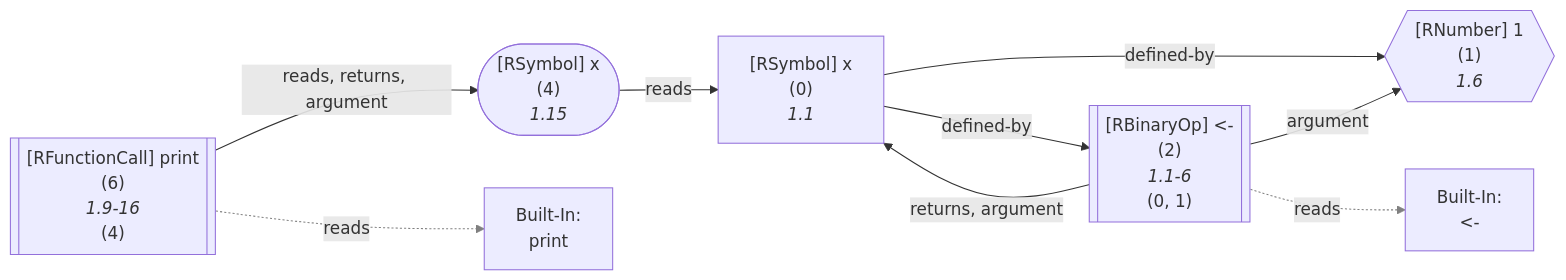
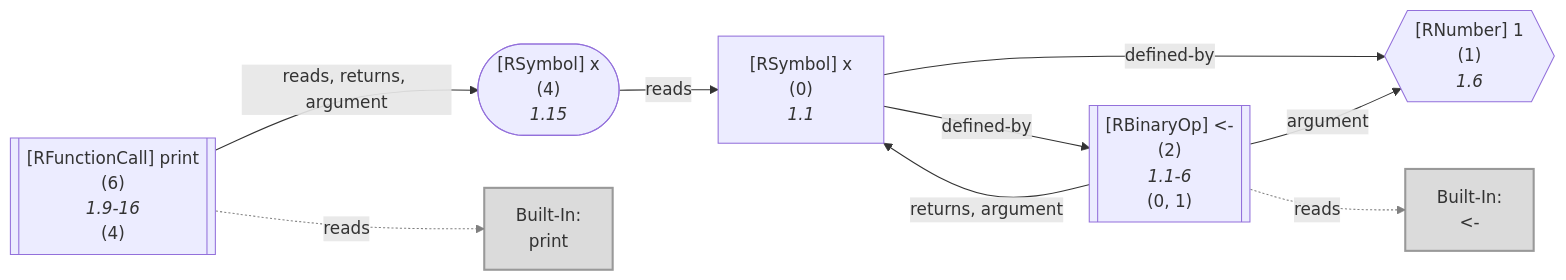
Before and after one commit to flowr-analysis/flowr: the second of 2 diagrams in wiki/Core.md, drawn with Mermaid. The commit also changed other lines of this file and 6 other files, not shown here.

Commit message:
[skip ci] doc: update generated wiki pages (wiki/Capabilities,wiki/Dataflow Graph,wiki/Query API,wiki/Search API,wiki/Interface,wiki/Core,README)

````diff
--- a/wiki/Core.md
+++ b/wiki/Core.md
@@ -327,34 +327,36 @@
 ```mermaid
 flowchart LR
     1{{"`#91;RNumber#93; 1
       (1)
       *1.6*`"}}
     0["`#91;RSymbol#93; x
       (0)
       *1.1*`"]
     2[["`#91;RBinaryOp#93; #60;#45;
       (2)
       *1.1-6*
     (0, 1)`"]]
     built-in:_-["`Built-In:
 #60;#45;`"]
+    style built-in:_- stroke:gray,fill:lightgray,stroke-width:2px,opacity:.8;
     4(["`#91;RSymbol#93; x
       (4)
       *1.15*`"])
     6[["`#91;RFunctionCall#93; print
       (6)
       *1.9-16*
     (4)`"]]
     built-in:print["`Built-In:
 print`"]
+    style built-in:print stroke:gray,fill:lightgray,stroke-width:2px,opacity:.8;
     0 -->|"defined-by"| 1
     0 -->|"defined-by"| 2
     2 -->|"argument"| 1
     2 -->|"returns, argument"| 0
     2 -.->|"reads"| built-in:_-
     linkStyle 4 stroke:gray;
     4 -->|"reads"| 0
     6 -->|"reads, returns, argument"| 4
     6 -.->|"reads"| built-in:print
     linkStyle 7 stroke:gray;
 ```
````
